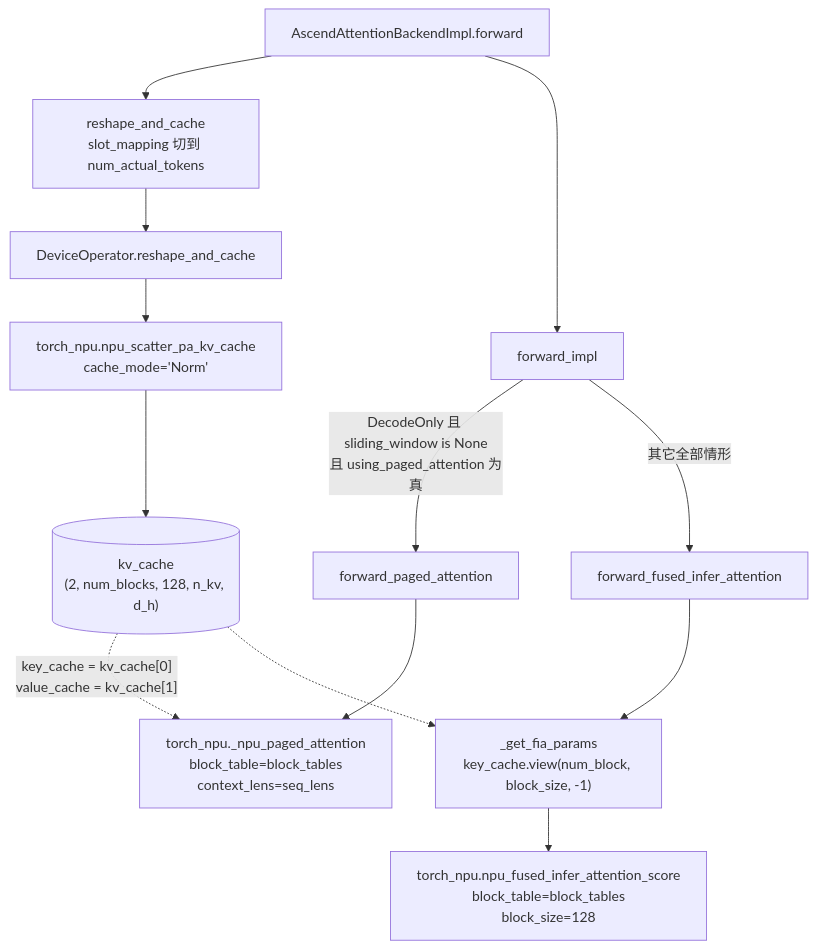
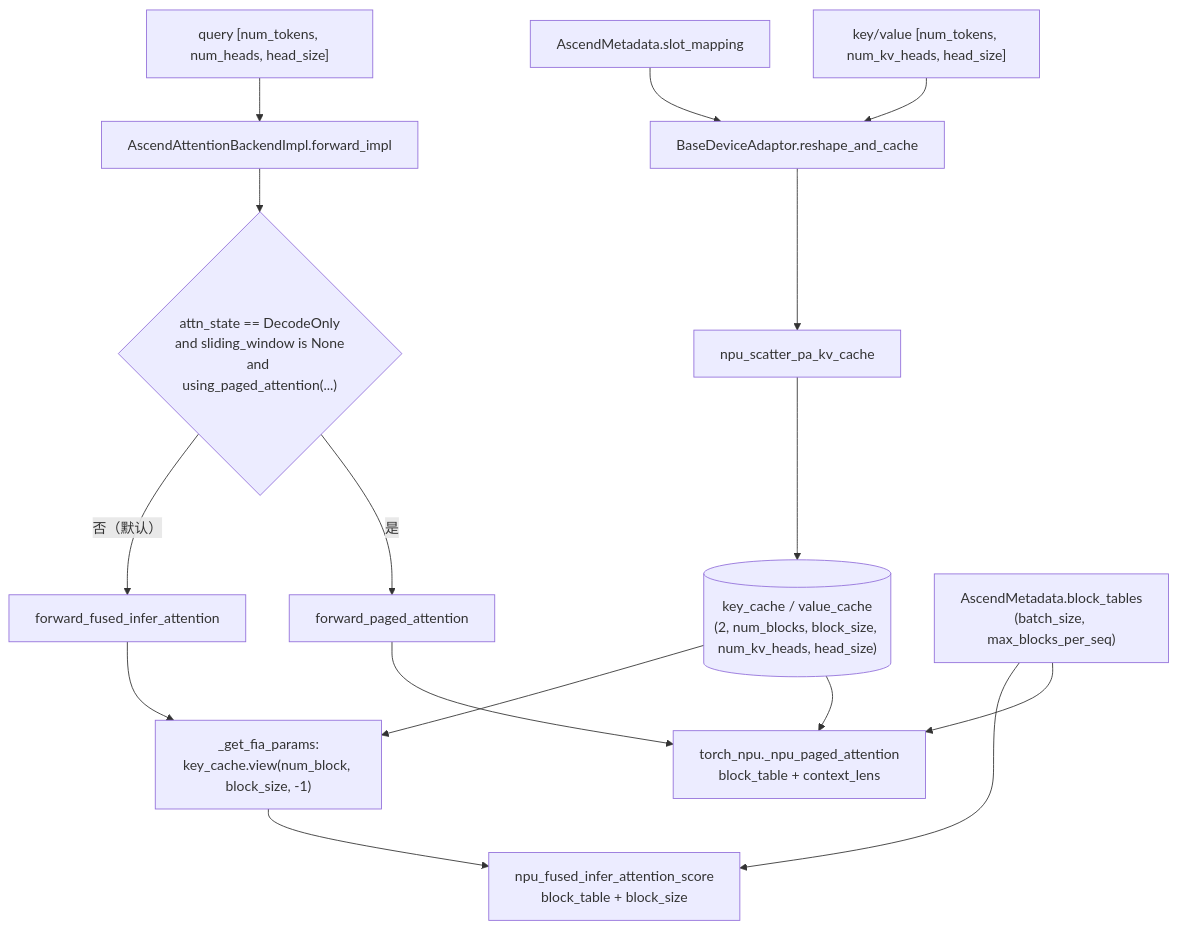
One commit to BailanCaptain/infer-lab changed the diagram in wiki/concepts/paged-attention.md. Above: the diagram before and after it, drawn with Mermaid. The commit also changed other lines of this file and 30 other files, not shown here.

First line of the commit message:
feat(F001): 11 页按图重写完成——答案从读一页变成读四页并按关系组织

````diff
--- a/wiki/concepts/paged-attention.md
+++ b/wiki/concepts/paged-attention.md
@@ -59,15 +51,21 @@
 ```mermaid
 flowchart TD
-    F["AscendAttentionBackendImpl.forward"] --> RC["reshape_and_cache<br/>slot_mapping 切到 num_actual_tokens"]
-    RC --> DEV["DeviceOperator.reshape_and_cache"]
-    DEV --> SC["torch_npu.npu_scatter_pa_kv_cache<br/>cache_mode='Norm'"]
-    SC --> KV[("kv_cache<br/>(2, num_blocks, 128, n_kv, d_h)")]
-    F --> FI["forward_impl"]
-    FI -->|"DecodeOnly 且 sliding_window is None<br/>且 using_paged_attention 为真"| PA["forward_paged_attention"]
-    FI -->|"其它全部情形"| FIA["forward_fused_infer_attention"]
-    PA --> PAOP["torch_npu._npu_paged_attention<br/>block_table=block_tables<br/>context_lens=seq_lens"]
-    FIA --> GP["_get_fia_params<br/>key_cache.view(num_block, block_size, -1)"]
-    GP --> FIAOP["torch_npu.npu_fused_infer_attention_score<br/>block_table=block_tables<br/>block_size=128"]
-    KV -.->|"key_cache = kv_cache[0]<br/>value_cache = kv_cache[1]"| PAOP
-    KV -.-> GP
+    Q["query [num_tokens, num_heads, head_size]"] --> FI["AscendAttentionBackendImpl.forward_impl"]
+    KV["key/value [num_tokens, num_kv_heads, head_size]"] --> RC["BaseDeviceAdaptor.reshape_and_cache"]
+    SM["AscendMetadata.slot_mapping"] --> RC
+    RC --> SCAT["npu_scatter_pa_kv_cache"]
+    SCAT --> CACHE[("key_cache / value_cache<br/>(2, num_blocks, block_size, num_kv_heads, head_size)")]
+
+    FI --> GATE{"attn_state == DecodeOnly<br/>and sliding_window is None<br/>and using_paged_attention(...)"}
+    GATE -->|"是"| PA["forward_paged_attention"]
+    GATE -->|"否（默认）"| FIA["forward_fused_infer_attention"]
+
+    PA --> PAOP["torch_npu._npu_paged_attention<br/>block_table + context_lens"]
+    FIA --> GFP["_get_fia_params:<br/>key_cache.view(num_block, block_size, -1)"]
+    GFP --> FIAOP["npu_fused_infer_attention_score<br/>block_table + block_size"]
+
+    BT["AscendMetadata.block_tables<br/>(batch_size, max_blocks_per_seq)"] --> PAOP
+    BT --> FIAOP
+    CACHE --> PAOP
+    CACHE --> GFP
 ```
````
